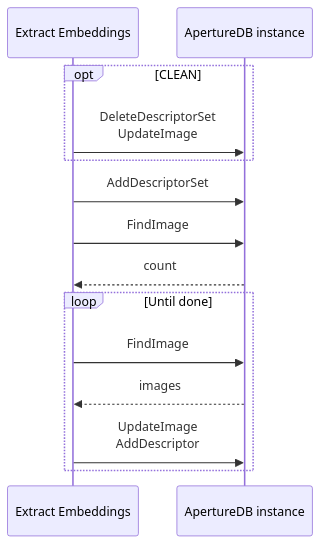
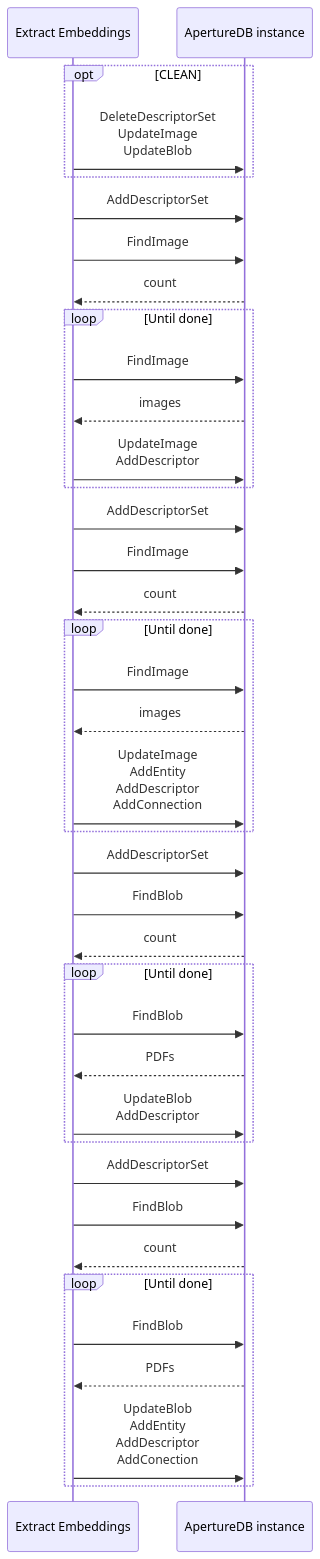
The diagram in apps/embeddings-extraction/README.md (aperture-data/workflows), drawn with Mermaid before and after one commit. The commit also changed other lines of this file and 82 other files, not shown here.

````diff
--- a/apps/embeddings-extraction/README.md
+++ b/apps/embeddings-extraction/README.md
@@ -12,16 +12,44 @@
 ```mermaid
 sequenceDiagram
     participant W as Extract Embeddings
     participant A as ApertureDB instance
     opt CLEAN
-        W->>A: DeleteDescriptorSet<br/>UpdateImage
+        W->>A: DeleteDescriptorSet<br/>UpdateImage<br/>UpdateBlob
     end
+
     W->>A: AddDescriptorSet
     W->>A: FindImage
     A-->>W: count
     loop Until done
         W->>A: FindImage
         A-->>W: images
         W->>A: UpdateImage<br/>AddDescriptor
     end
+
+    W->>A: AddDescriptorSet
+    W->>A: FindImage
+    A-->>W: count
+    loop Until done
+        W->>A: FindImage
+        A-->>W: images
+        W->>A: UpdateImage<br/>AddEntity<br/>AddDescriptor<br/>AddConnection
+    end
+
+    W->>A: AddDescriptorSet
+    W->>A: FindBlob
+    A-->>W: count
+    loop Until done
+        W->>A: FindBlob
+        A-->>W: PDFs
+        W->>A: UpdateBlob<br/>AddDescriptor
+    end
+
+    W->>A: AddDescriptorSet
+    W->>A: FindBlob
+    A-->>W: count
+    loop Until done
+        W->>A: FindBlob
+        A-->>W: PDFs
+        W->>A: UpdateBlob<br/>AddEntity<br/>AddDescriptor<br/>AddConection
+    end
 ```
````
